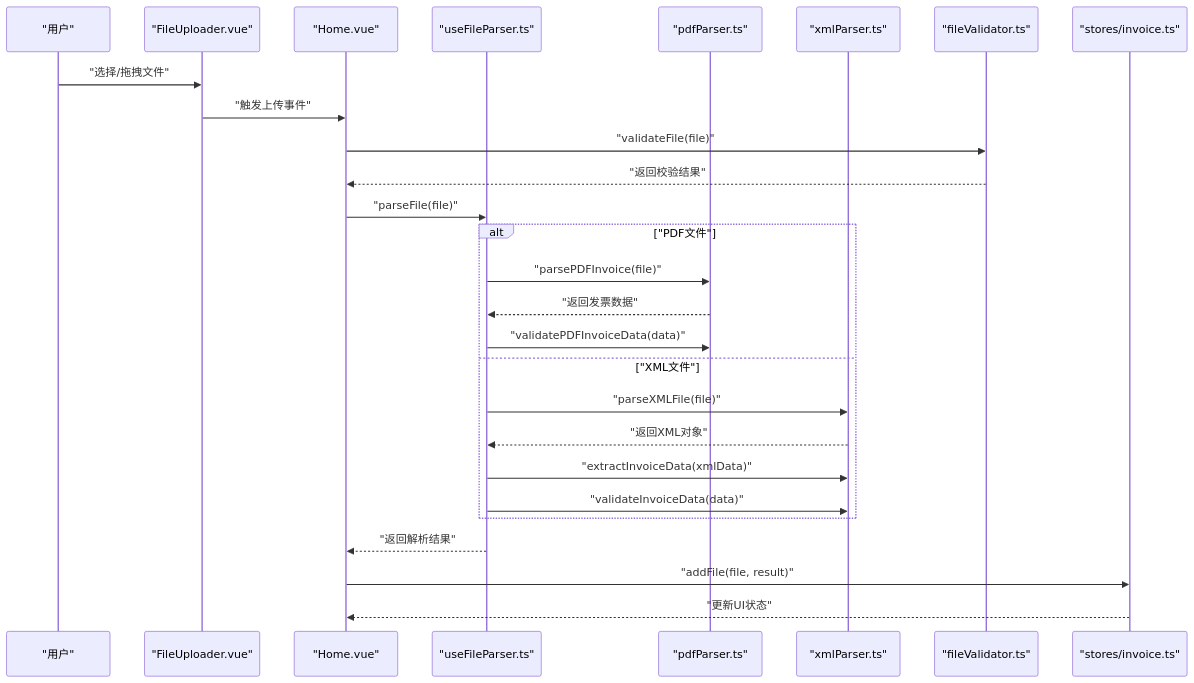
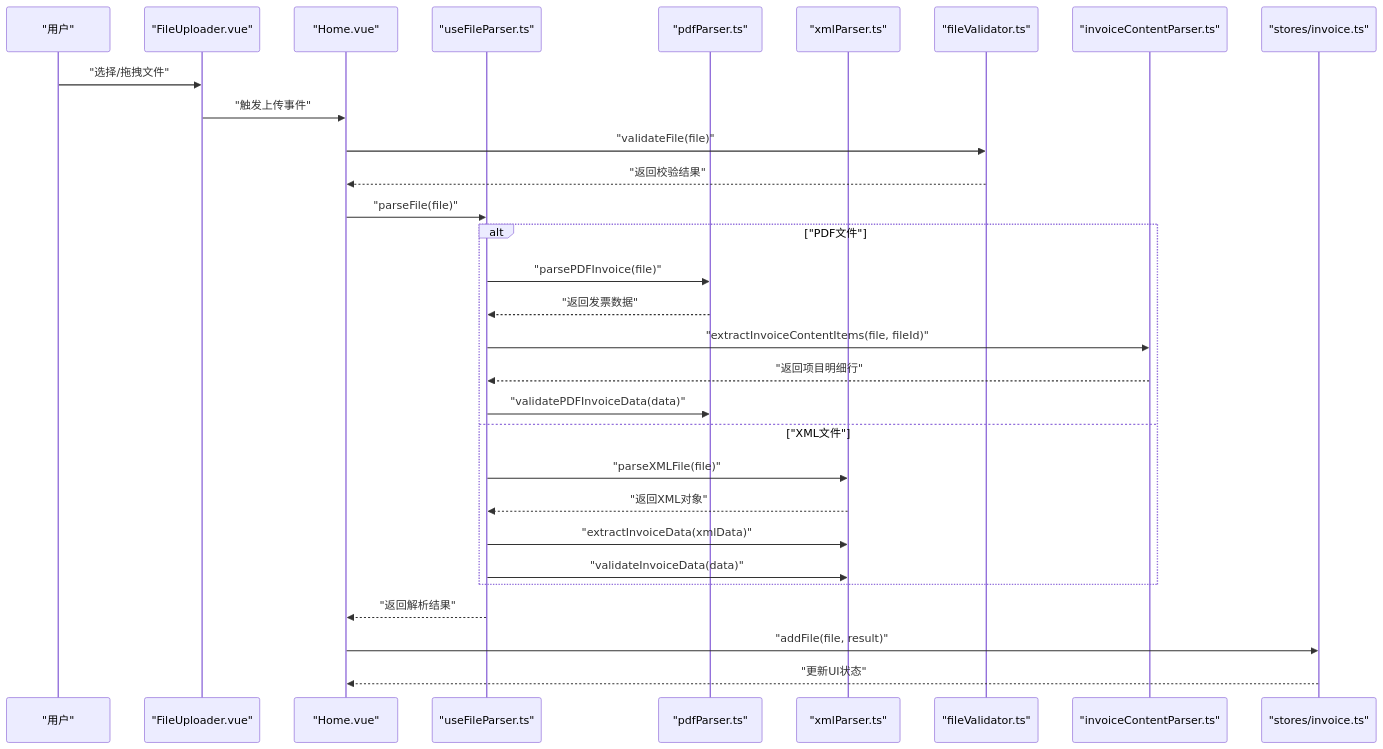
One commit to dunhuixiao/FinanceTools changed the second of 3 diagrams in .qoder/repowiki/zh/content/核心工具函数/核心工具函数.md. Above: the diagram before and after it, drawn with Mermaid. The commit also changed other lines of this file and 20 other files, not shown here.

````diff
--- a/.qoder/repowiki/zh/content/核心工具函数/核心工具函数.md
+++ b/.qoder/repowiki/zh/content/核心工具函数/核心工具函数.md
@@ -119,29 +148,32 @@
 ```mermaid
 sequenceDiagram
 participant User as "用户"
 participant Uploader as "FileUploader.vue"
 participant View as "Home.vue"
 participant Composable as "useFileParser.ts"
 participant PDFU as "pdfParser.ts"
 participant XMLU as "xmlParser.ts"
 participant FV as "fileValidator.ts"
+participant ContentParser as "invoiceContentParser.ts"
 participant Store as "stores/invoice.ts"
 User->>Uploader : "选择/拖拽文件"
 Uploader->>View : "触发上传事件"
 View->>FV : "validateFile(file)"
 FV-->>View : "返回校验结果"
 View->>Composable : "parseFile(file)"
 alt "PDF文件"
 Composable->>PDFU : "parsePDFInvoice(file)"
 PDFU-->>Composable : "返回发票数据"
+Composable->>ContentParser : "extractInvoiceContentItems(file, fileId)"
+ContentParser-->>Composable : "返回项目明细行"
 Composable->>PDFU : "validatePDFInvoiceData(data)"
 else "XML文件"
 Composable->>XMLU : "parseXMLFile(file)"
 XMLU-->>Composable : "返回XML对象"
 Composable->>XMLU : "extractInvoiceData(xmlData)"
 Composable->>XMLU : "validateInvoiceData(data)"
 end
 Composable-->>View : "返回解析结果"
 View->>Store : "addFile(file, result)"
 Store-->>View : "更新UI状态"
 ```
````
